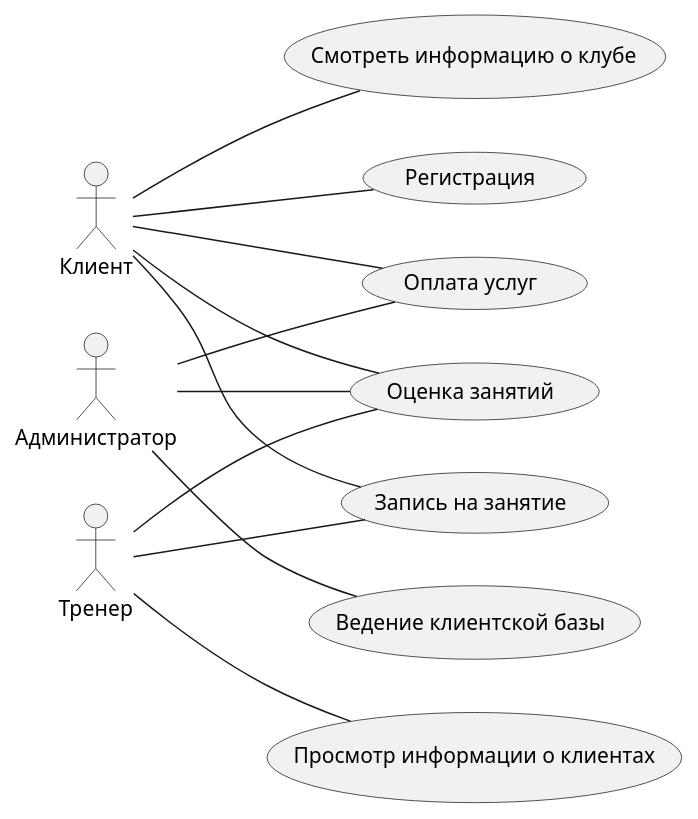
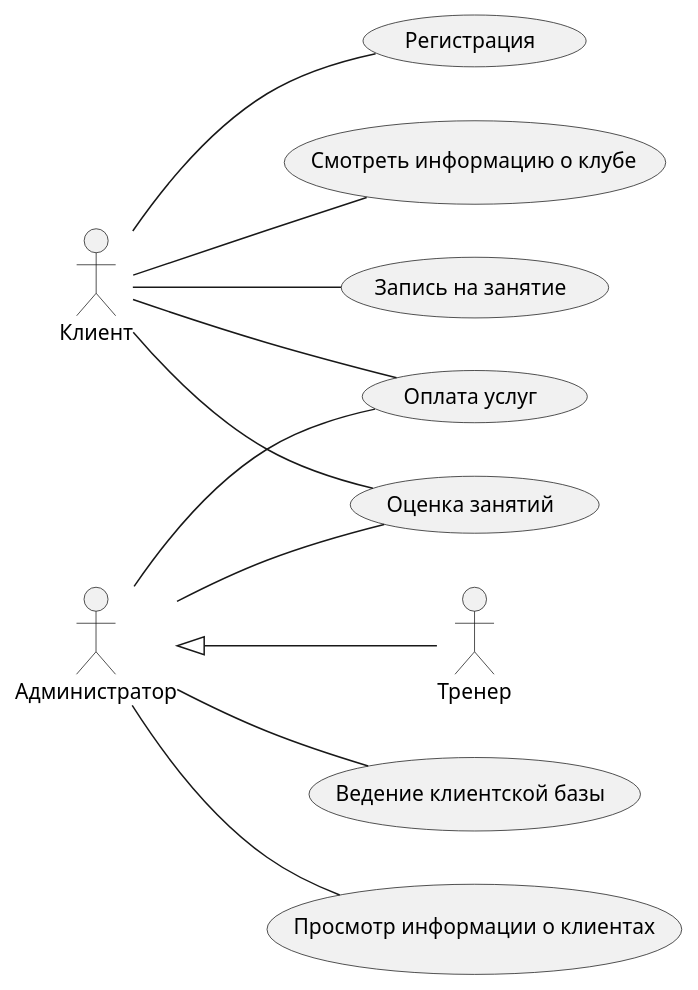
One commit to Alyonnaaa88/gitExample changed the diagram in docs/diagrams/diagram.puml. Above: the diagram before and after it, drawn with PlantUML.

```diff
--- a/docs/diagrams/diagram.puml
+++ b/docs/diagrams/diagram.puml
@@ -1,27 +1,29 @@
 @startuml
 left to right direction
 skinparam shadowing false
+
 actor Клиент as us1
+actor Администратор as admin
+actor Тренер as trener
+
 usecase "Регистрация" as reg
 usecase "Смотреть информацию о клубе" as watch
 usecase "Оплата услуг" as pay
 usecase "Оценка занятий" as assess
 usecase "Запись на занятие" as sign
+usecase "Ведение клиентской базы" as con
+usecase "Просмотр информации о клиентах" as info
+
 us1 -- reg
 us1-- watch
 us1 -- pay
 us1 -- assess
 us1 -- sign
 
-actor Администратор as admin
-usecase "Ведение клиентской базы" as con
 admin -- pay
 admin -- assess
 admin -- con
+admin -- info
 
-actor Тренер as trener
-usecase "Просмотр информации о клиентах" as info
-trener --sign
-trener -- assess
-trener -- info
+admin <|-- trener
 @enduml
```
